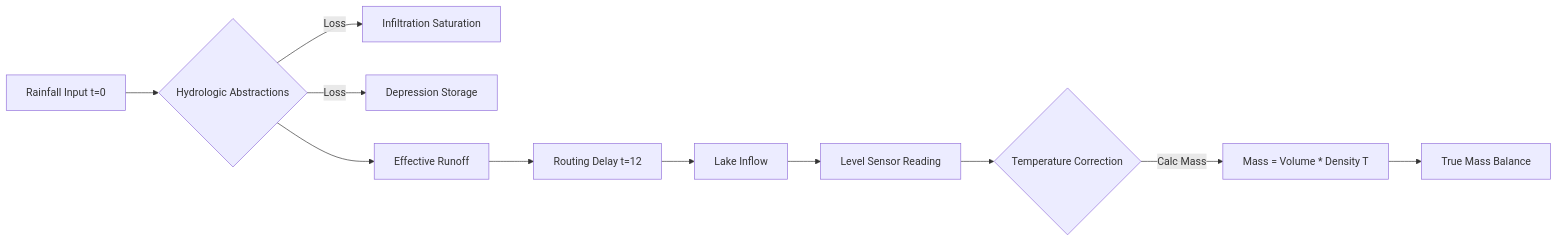
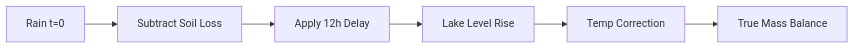
The third of 3 diagrams in readme.md (Sujal-py3/Leetcode), drawn with Mermaid before and after one commit. The commit also changed other lines of this file, not shown here.

````diff
--- a/readme.md
+++ b/readme.md
@@ -43,13 +32,8 @@
 ```mermaid
 graph LR
-    A[Rainfall Input t=0] --> B{Hydrologic Abstractions}
-    B -->|Loss| C[Infiltration Saturation]
-    B -->|Loss| D[Depression Storage]
-    B --> E[Effective Runoff]
-    E --> F[Routing Delay t=12]
-    F --> G[Lake Inflow]
-    G --> H[Level Sensor Reading]
-    H --> I{Temperature Correction}
-    I -->|Calc Mass| J[Mass = Volume * Density T]
-    J --> K[True Mass Balance]
+    A[Rain t=0] --> B[Subtract Soil Loss]
+    B --> C[Apply 12h Delay]
+    C --> D[Lake Level Rise]
+    D --> E[Temp Correction]
+    E --> F[True Mass Balance]
 ```
````
